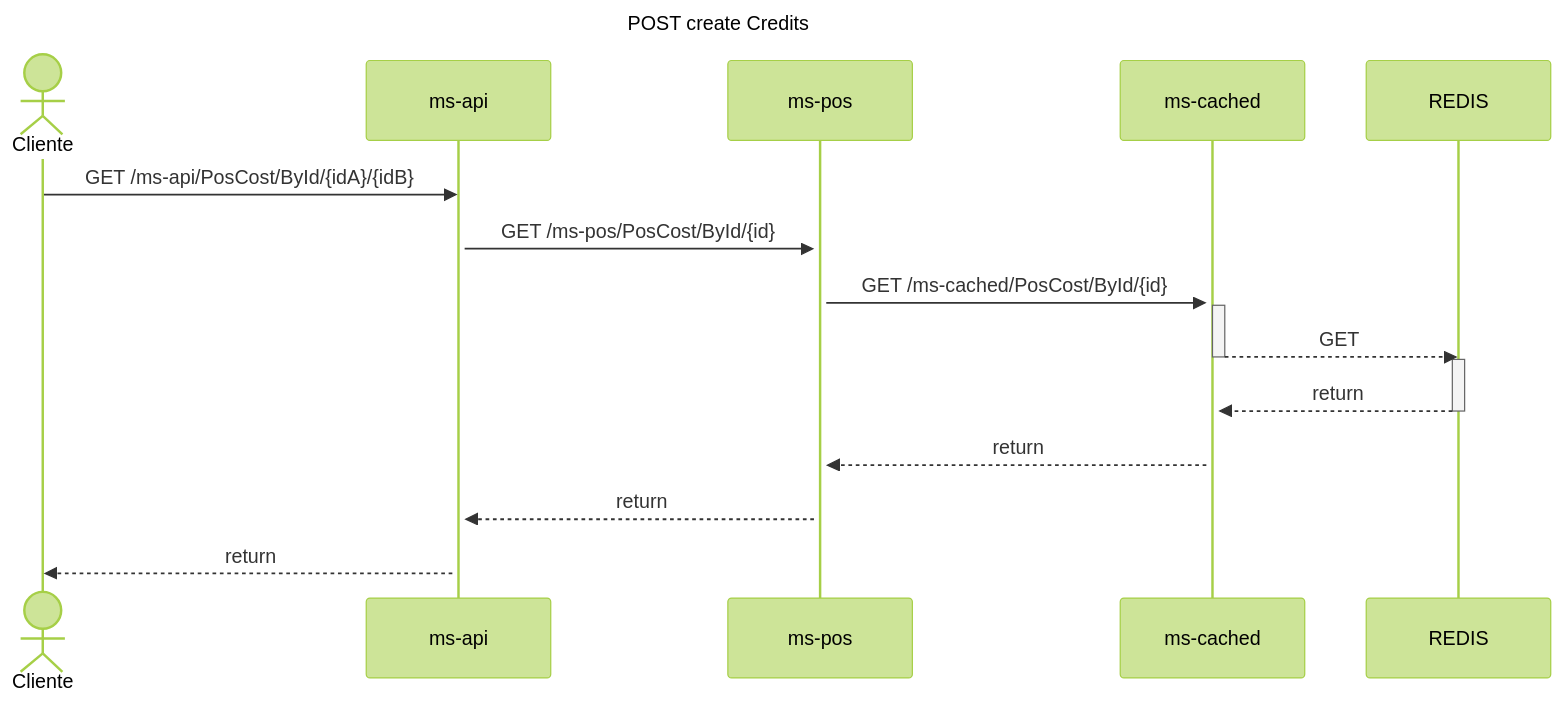
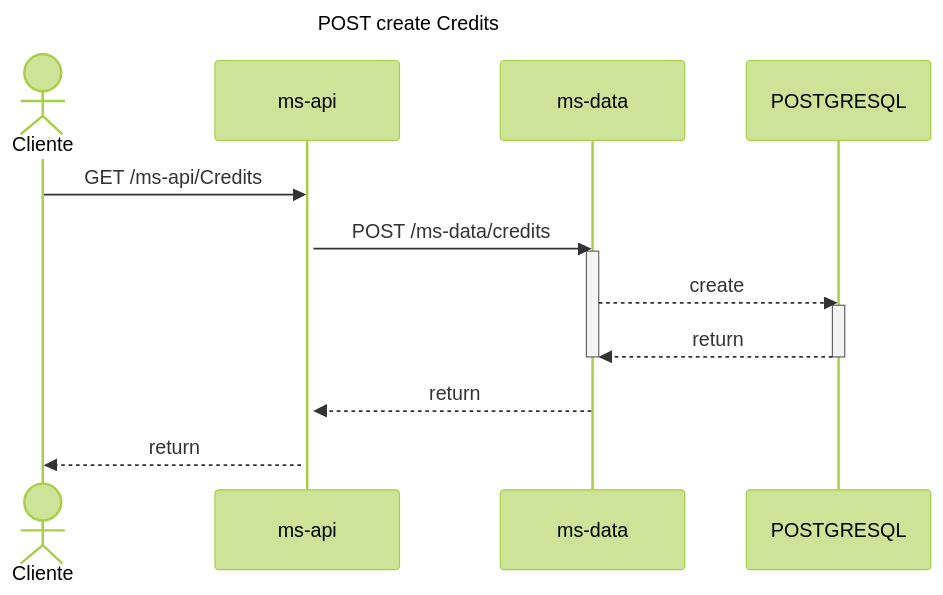
Diagram 11 of 12 in README.md (sailenicolas/JavaChallenge), drawn with Mermaid (forest theme) before and after one commit. The commit also changed other lines of this file, not shown here.

Commit message:
Update API endpoints in README for clarity

````diff
--- a/README.md
+++ b/README.md
@@ -400,24 +400,19 @@
 ```mermaid
 sequenceDiagram
 title POST create Credits
     actor Cliente
     participant api as ms-api
-    participant pos as ms-pos
-    participant cached as ms-cached
-    participant datos as REDIS
-    Cliente->>api: GET /ms-api/PosCost/ById/{idA}/{idB}
+    participant data as ms-data
+    participant datos as POSTGRESQL
+    Cliente->>api: GET /ms-api/Credits
     activate api
-    activate pos
-    api->>pos: GET /ms-pos/PosCost/ById/{id}
-    activate cached
-    pos->>cached: GET /ms-cached/PosCost/ById/{id}
-    activate cached
-    cached -->> datos: GET
-    deactivate cached
+    api->>data: POST /ms-data/credits
+    activate data
+    data -->> datos: create
     activate datos
-    datos -->> cached: return
+    datos -->> data: return
     deactivate datos
-    cached -->> pos: return
-    pos -->> api: return
+    deactivate data
+    data -->> api: return
     api -->> Cliente: return
 ```
````
